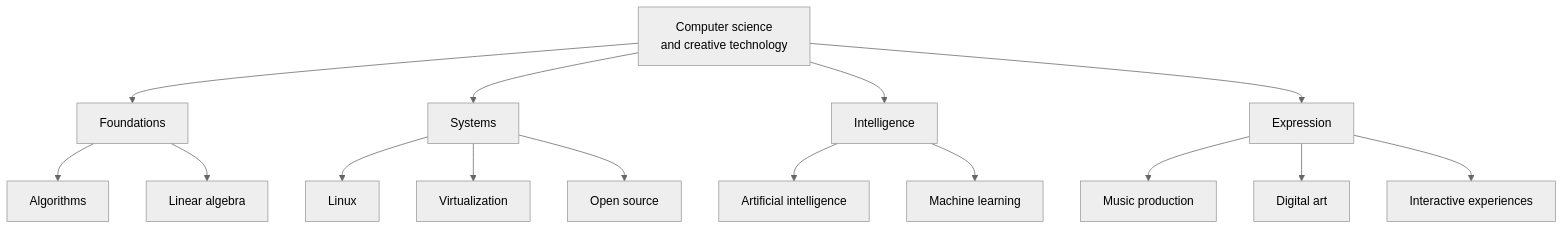
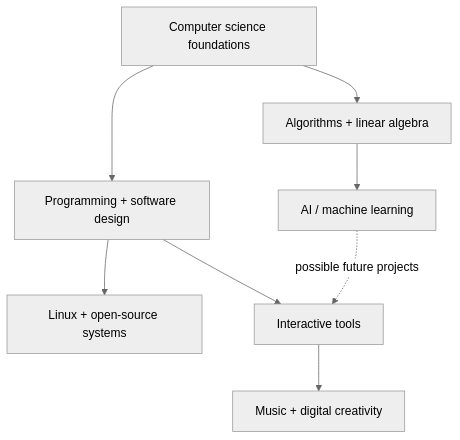
The diagram in README.md (Shaiinarab/shaiinarab), drawn with Mermaid (neutral theme) before and after one commit. The commit also changed other lines of this file and 7 other files, not shown here.

````diff
--- a/README.md
+++ b/README.md
@@ -68,17 +65,10 @@
 ```mermaid
 flowchart TD
-    A["Computer science<br/>and creative technology"] --> B["Foundations"]
-    A --> C["Systems"]
-    A --> D["Intelligence"]
-    A --> E["Expression"]
-    B --> B1["Algorithms"]
-    B --> B2["Linear algebra"]
-    C --> C1["Linux"]
-    C --> C2["Virtualization"]
-    C --> C3["Open source"]
-    D --> D1["Artificial intelligence"]
-    D --> D2["Machine learning"]
-    E --> E1["Music production"]
-    E --> E2["Digital art"]
-    E --> E3["Interactive experiences"]
+    A["Computer science foundations"] --> B["Algorithms + linear algebra"]
+    B --> C["AI / machine learning"]
+    A --> D["Programming + software design"]
+    D --> E["Linux + open-source systems"]
+    D --> F["Interactive tools"]
+    F --> G["Music + digital creativity"]
+    C -. "possible future projects" .-> F
 ```
````
